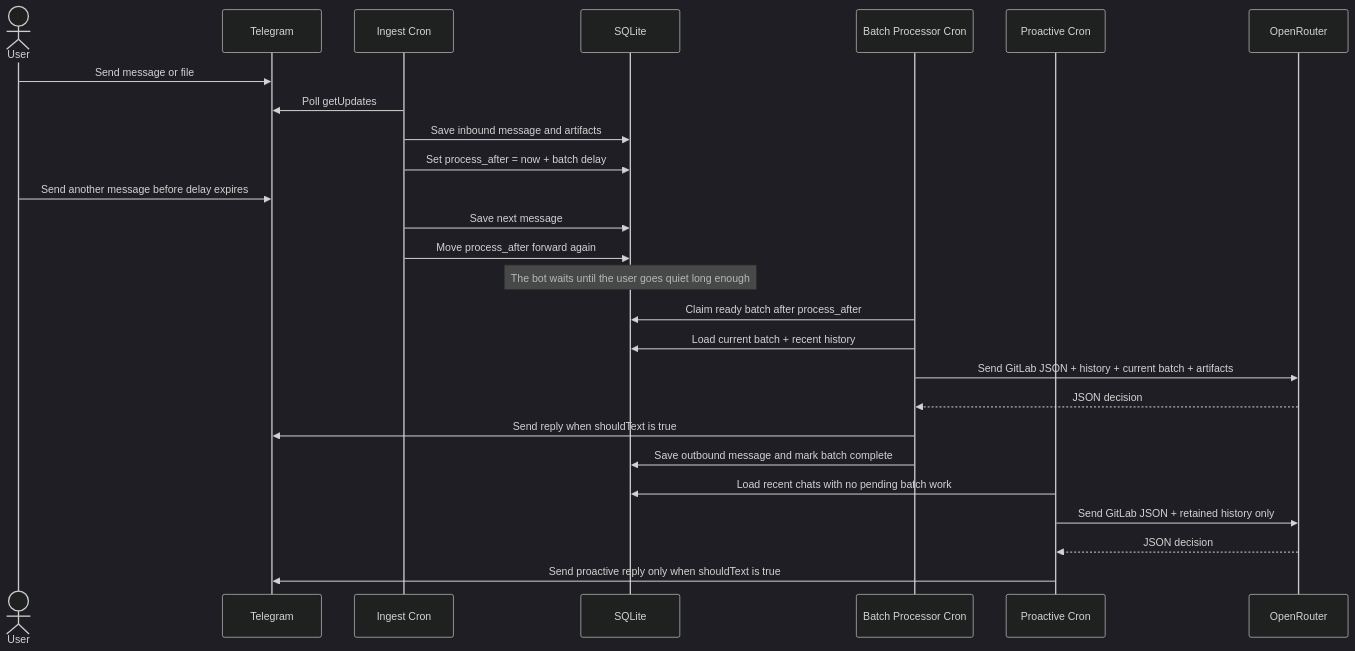
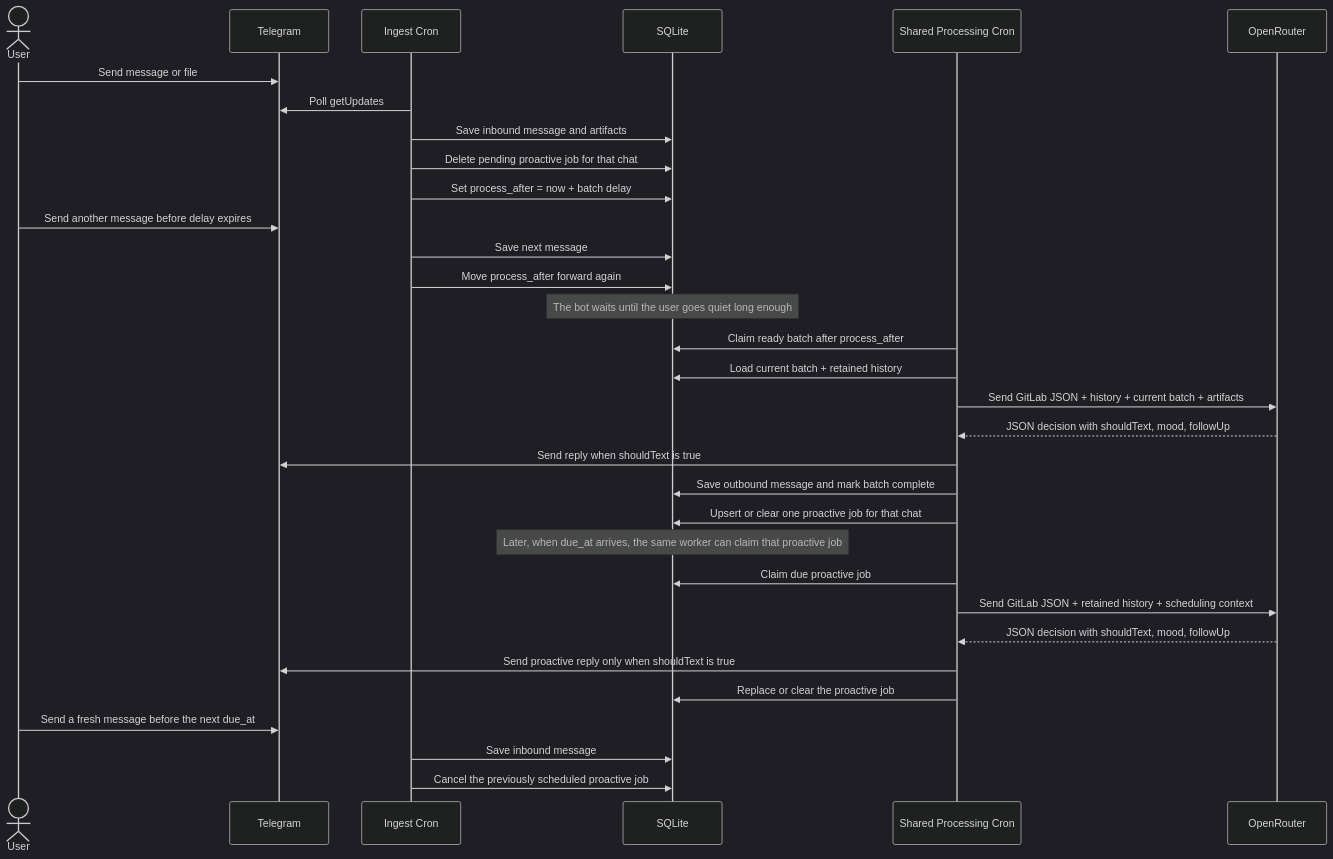
One commit to neos1803/personal-telegram-bot changed the second of 2 diagrams in SYSTEM_FLOW.md. Above: the diagram before and after it, drawn with Mermaid (dark theme). The commit also changed other lines of this file and 6 other files, not shown here.

First line of the commit message:
feat: enhance proactive job scheduling and processing

````diff
--- a/SYSTEM_FLOW.md
+++ b/SYSTEM_FLOW.md
@@ -65,33 +75,41 @@
-  ```mermaid
-  sequenceDiagram
-     actor User
-     participant Telegram
-     participant Ingest as Ingest Cron
-     participant DB as SQLite
-    participant Process as Batch Processor Cron
-    participant Proactive as Proactive Cron
-     participant AI as OpenRouter
+```mermaid
+sequenceDiagram
+    actor User
+    participant Telegram
+    participant Ingest as Ingest Cron
+    participant DB as SQLite
+    participant Process as Shared Processing Cron
+    participant AI as OpenRouter
 
-     User->>Telegram: Send message or file
-     Ingest->>Telegram: Poll getUpdates
-     Ingest->>DB: Save inbound message and artifacts
-     Ingest->>DB: Set process_after = now + batch delay
+    User->>Telegram: Send message or file
+    Ingest->>Telegram: Poll getUpdates
+    Ingest->>DB: Save inbound message and artifacts
+    Ingest->>DB: Delete pending proactive job for that chat
+    Ingest->>DB: Set process_after = now + batch delay
 
-     User->>Telegram: Send another message before delay expires
-     Ingest->>DB: Save next message
-     Ingest->>DB: Move process_after forward again
+    User->>Telegram: Send another message before delay expires
+    Ingest->>DB: Save next message
+    Ingest->>DB: Move process_after forward again
 
-     Note over DB: The bot waits until the user goes quiet long enough
+    Note over DB: The bot waits until the user goes quiet long enough
 
-     Process->>DB: Claim ready batch after process_after
-     Process->>DB: Load current batch + recent history
-     Process->>AI: Send GitLab JSON + history + current batch + artifacts
-     AI-->>Process: JSON decision
-     Process->>Telegram: Send reply when shouldText is true
-     Process->>DB: Save outbound message and mark batch complete
+    Process->>DB: Claim ready batch after process_after
+    Process->>DB: Load current batch + retained history
+    Process->>AI: Send GitLab JSON + history + current batch + artifacts
+    AI-->>Process: JSON decision with shouldText, mood, followUp
+    Process->>Telegram: Send reply when shouldText is true
+    Process->>DB: Save outbound message and mark batch complete
+    Process->>DB: Upsert or clear one proactive job for that chat
 
-      Proactive->>DB: Load recent chats with no pending batch work
-      Proactive->>AI: Send GitLab JSON + retained history only
-      AI-->>Proactive: JSON decision
-      Proactive->>Telegram: Send proactive reply only when shouldText is true
-  ```
+    Note over DB: Later, when due_at arrives, the same worker can claim that proactive job
+
+    Process->>DB: Claim due proactive job
+    Process->>AI: Send GitLab JSON + retained history + scheduling context
+    AI-->>Process: JSON decision with shouldText, mood, followUp
+    Process->>Telegram: Send proactive reply only when shouldText is true
+    Process->>DB: Replace or clear the proactive job
+
+    User->>Telegram: Send a fresh message before the next due_at
+    Ingest->>DB: Save inbound message
+    Ingest->>DB: Cancel the previously scheduled proactive job
+```
````
